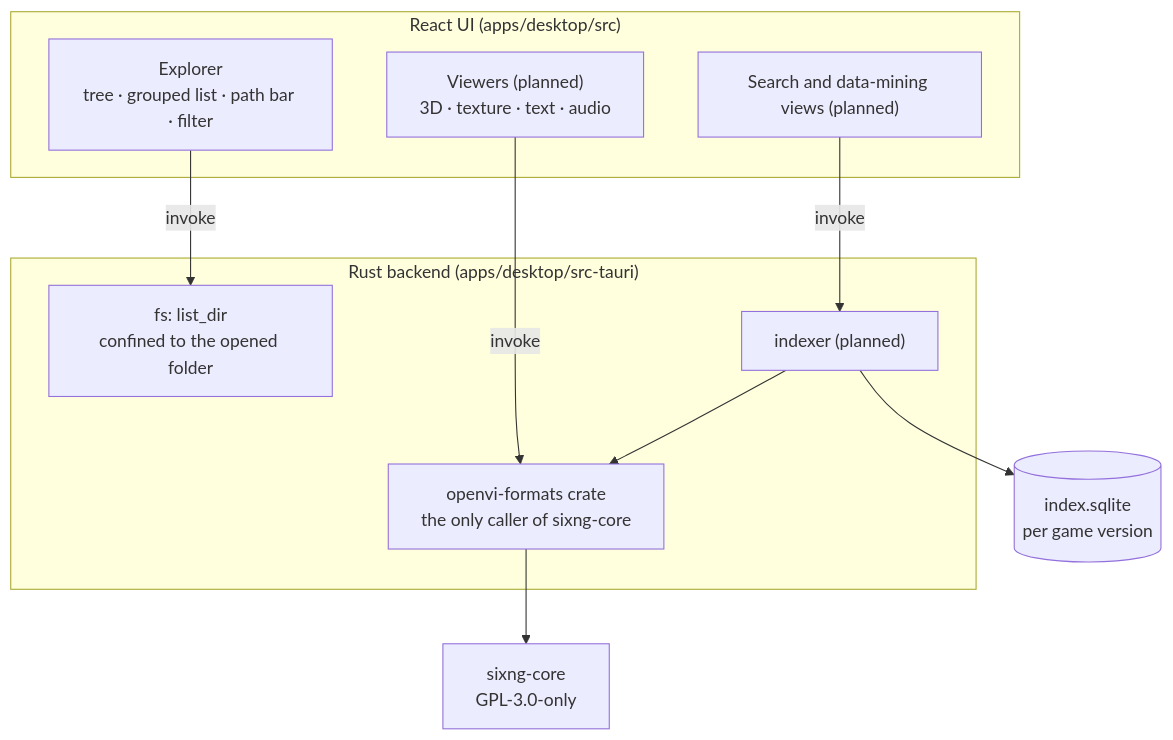
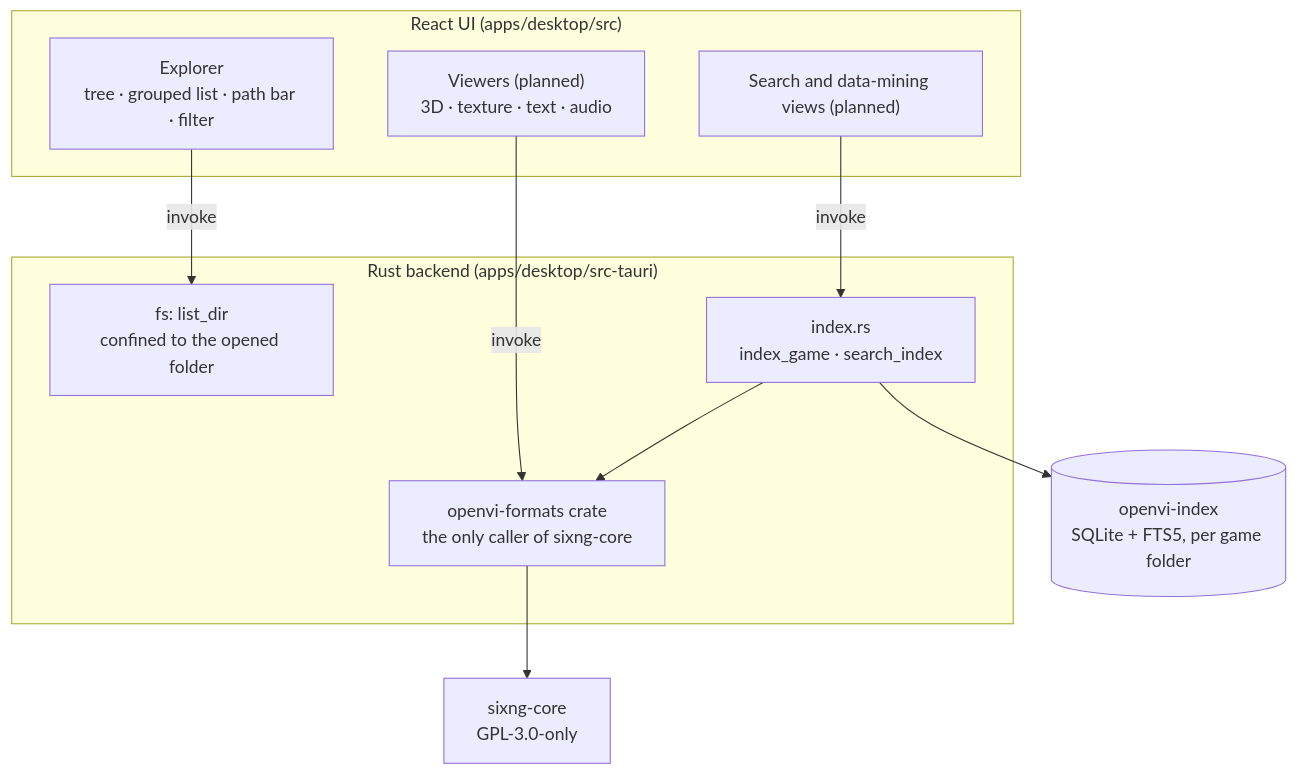
The diagram in docs/ARCHITECTURE.md (TheoBIET/OpenVI), drawn with Mermaid before and after one commit. The commit also changed other lines of this file and 2 other files, not shown here.

Commit message:
📝 document the index and search

````diff
--- a/docs/ARCHITECTURE.md
+++ b/docs/ARCHITECTURE.md
@@ -6,22 +6,22 @@
 ```mermaid
 flowchart TB
   subgraph ui["React UI (apps/desktop/src)"]
     explorer["Explorer<br/>tree · grouped list · path bar · filter"]
     viewers["Viewers (planned)<br/>3D · texture · text · audio"]
     search["Search and data-mining views (planned)"]
   end
   subgraph backend["Rust backend (apps/desktop/src-tauri)"]
     fs["fs: list_dir<br/>confined to the opened folder"]
     adapter["openvi-formats crate<br/>the only caller of sixng-core"]
-    indexer["indexer (planned)"]
+    indexer["index.rs<br/>index_game · search_index"]
   end
   sixng["sixng-core<br/>GPL-3.0-only"]
-  db[("index.sqlite<br/>per game version")]
+  db[("openvi-index<br/>SQLite + FTS5, per game folder")]
 
   explorer -- invoke --> fs
   viewers -- invoke --> adapter
   search -- invoke --> indexer
   adapter --> sixng
   indexer --> adapter
   indexer --> db
 ```
````
